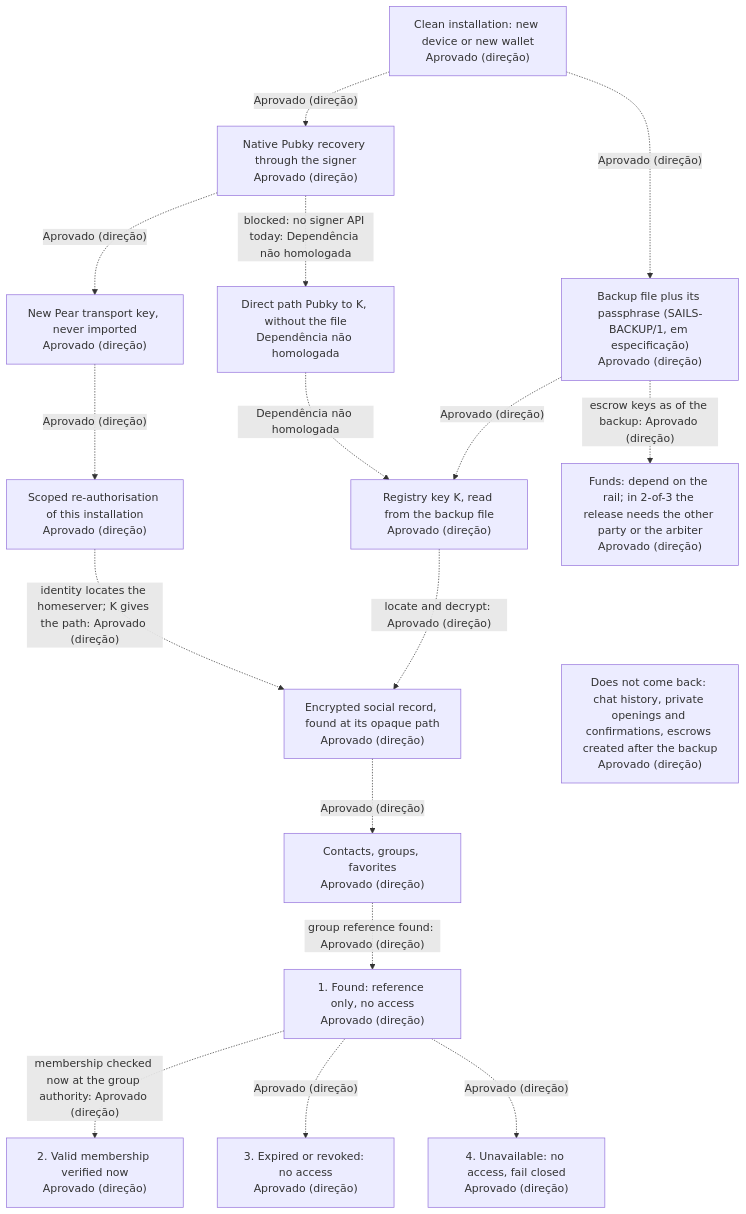
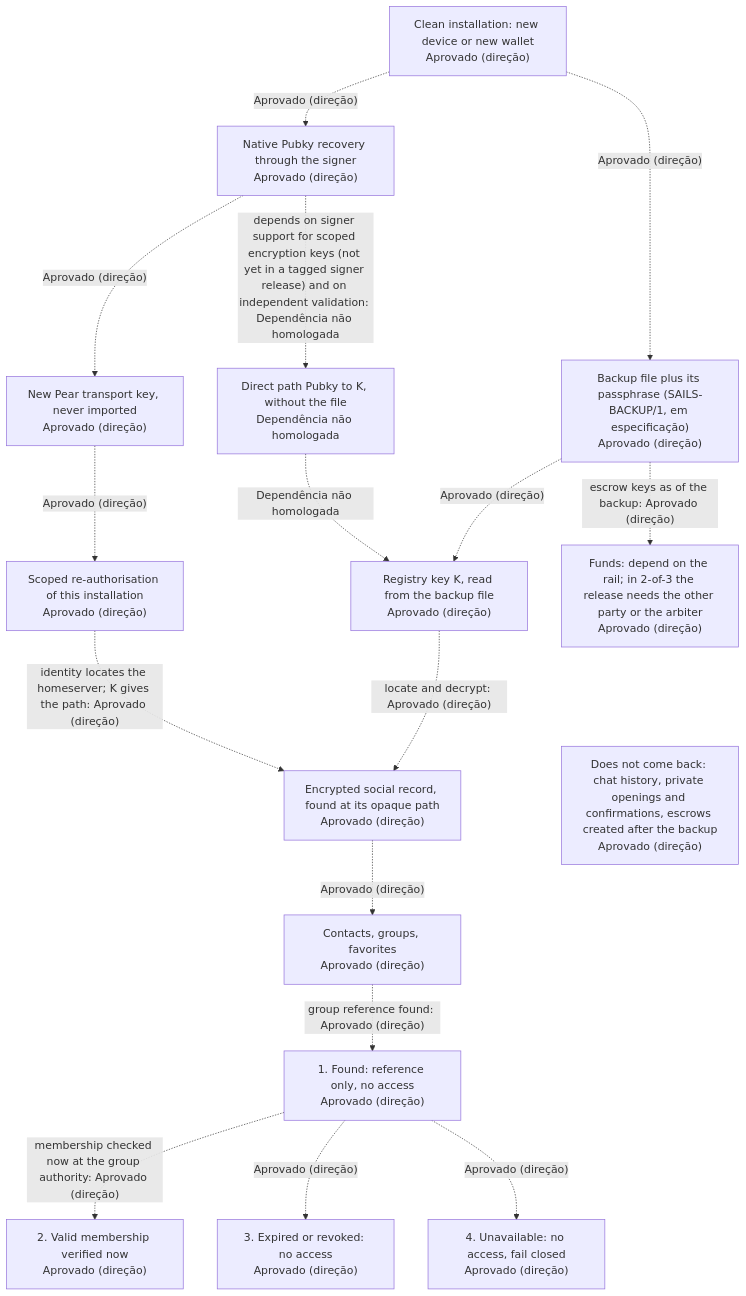
The fifth of 6 diagrams in docs/SYSTEM_DESIGN.md (sails-protocol/Sails-Protocol), drawn with Mermaid before and after one commit.

Commit message:
docs: correct Diagram 3 signer dependency (scoped encryption keys exist upstream, not yet in a tagged signer release)

````diff
--- a/docs/SYSTEM_DESIGN.md
+++ b/docs/SYSTEM_DESIGN.md
@@ -693,29 +693,29 @@
 ```mermaid
 flowchart TD
   S["Clean installation: new device or new wallet<br/>Aprovado (direção)"]
   A["Native Pubky recovery through the signer<br/>Aprovado (direção)"]
   B["New Pear transport key, never imported<br/>Aprovado (direção)"]
   C["Scoped re-authorisation of this installation<br/>Aprovado (direção)"]
   F["Backup file plus its passphrase (SAILS-BACKUP/1, em especificação)<br/>Aprovado (direção)"]
   K["Registry key K, read from the backup file<br/>Aprovado (direção)"]
   R["Encrypted social record, found at its opaque path<br/>Aprovado (direção)"]
   L["Contacts, groups, favorites<br/>Aprovado (direção)"]
   PK["Direct path Pubky to K, without the file<br/>Dependência não homologada"]
   S -.->|"Aprovado (direção)"| A
   A -.->|"Aprovado (direção)"| B
   B -.->|"Aprovado (direção)"| C
   S -.->|"Aprovado (direção)"| F
   F -.->|"Aprovado (direção)"| K
   K -.->|"locate and decrypt: Aprovado (direção)"| R
   C -.->|"identity locates the homeserver; K gives the path: Aprovado (direção)"| R
   R -.->|"Aprovado (direção)"| L
-  A -.->|"blocked: no signer API today: Dependência não homologada"| PK
+  A -.->|"depends on signer support for scoped encryption keys (not yet in a tagged signer release) and on independent validation: Dependência não homologada"| PK
   PK -.->|"Dependência não homologada"| K
   L -.->|"group reference found: Aprovado (direção)"| grpFound["1. Found: reference only, no access<br/>Aprovado (direção)"]
   grpFound -.->|"membership checked now at the group authority: Aprovado (direção)"| grpValid["2. Valid membership verified now<br/>Aprovado (direção)"]
   grpFound -.->|"Aprovado (direção)"| grpRevoked["3. Expired or revoked: no access<br/>Aprovado (direção)"]
   grpFound -.->|"Aprovado (direção)"| grpUnavailable["4. Unavailable: no access, fail closed<br/>Aprovado (direção)"]
   F -.->|"escrow keys as of the backup: Aprovado (direção)"| FD["Funds: depend on the rail; in 2-of-3 the release needs the other party or the arbiter<br/>Aprovado (direção)"]
   NB["Does not come back: chat history, private openings and confirmations, escrows created after the backup<br/>Aprovado (direção)"]
   FD ~~~ NB
 ```
````
